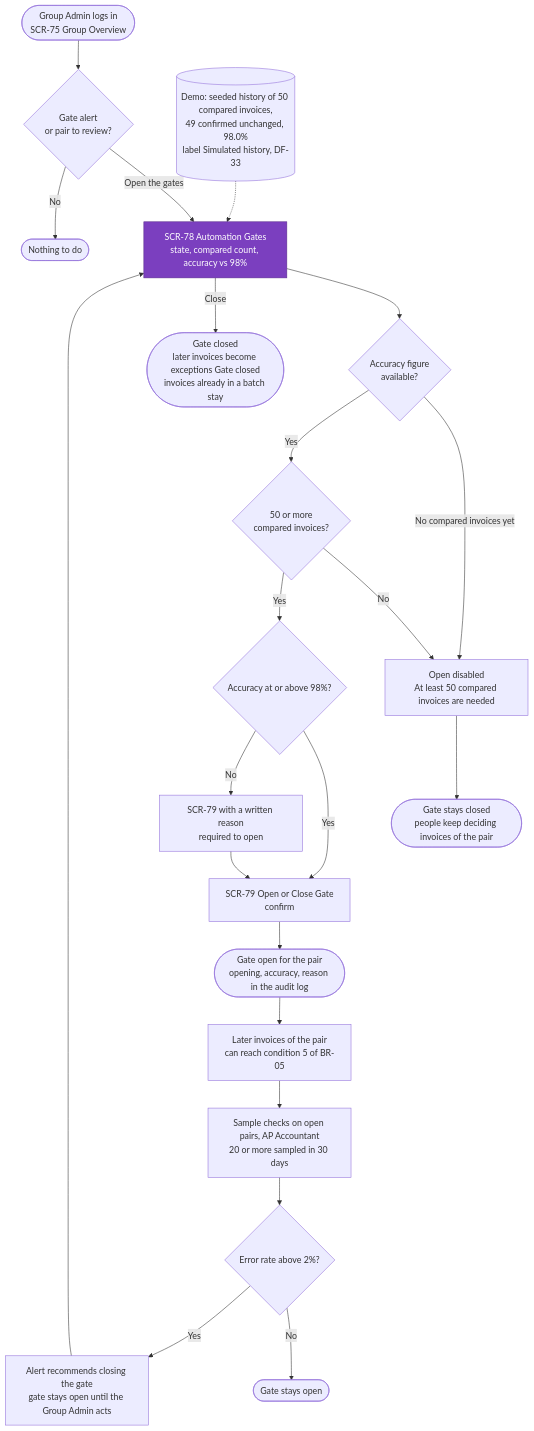
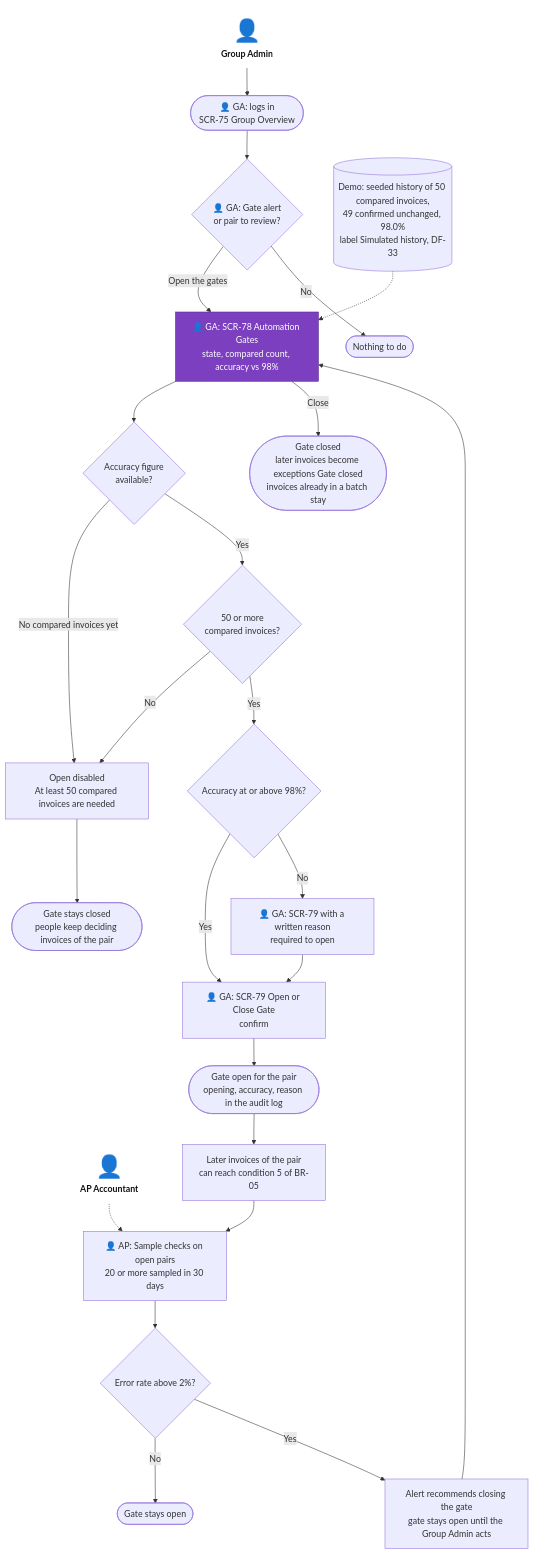
The fourth of 4 diagrams in docs/03-information-architecture/05-user-flows.md (minhtuann1102/MatchPay), drawn with Mermaid before and after one commit. The commit also changed other lines of this file and 6 other files, not shown here.

First line of the commit message:
docs: show actors in use case, sitemap, and user flow diagrams

````diff
--- a/docs/03-information-architecture/05-user-flows.md
+++ b/docs/03-information-architecture/05-user-flows.md
@@ -168,28 +190,34 @@
 ```mermaid
 flowchart TD
-    start(["Group Admin logs in<br/>SCR-75 Group Overview"]) --> alerts{"Gate alert<br/>or pair to review?"}
-    alerts -->|"Open the gates"| gates["SCR-78 Automation Gates<br/>state, compared count, accuracy vs 98%"]:::ai
+    actGa["<span style='font-size:40px'>👤</span><br/><b>Group Admin</b>"]:::actor
+    actAp["<span style='font-size:40px'>👤</span><br/><b>AP Accountant</b>"]:::actor
+    start(["👤 GA: logs in<br/>SCR-75 Group Overview"]) --> alerts{"👤 GA: Gate alert<br/>or pair to review?"}
+    alerts -->|"Open the gates"| gates["👤 GA: SCR-78 Automation Gates<br/>state, compared count, accuracy vs 98%"]:::ai
     alerts -->|"No"| done1(["Nothing to do"])
     gates --> figs{"Accuracy figure<br/>available?"}
     figs -->|"No compared invoices yet"| noopen["Open disabled<br/>At least 50 compared invoices are needed"]
     figs -->|"Yes"| count{"50 or more<br/>compared invoices?"}
     count -->|"No"| noopen
     count -->|"Yes"| thr{"Accuracy at or above 98%?"}
-    thr -->|"Yes"| confirm["SCR-79 Open or Close Gate<br/>confirm"]
-    thr -->|"No"| reason["SCR-79 with a written reason<br/>required to open"]
+    thr -->|"Yes"| confirm["👤 GA: SCR-79 Open or Close Gate<br/>confirm"]
+    thr -->|"No"| reason["👤 GA: SCR-79 with a written reason<br/>required to open"]
     reason --> confirm
     confirm --> opened(["Gate open for the pair<br/>opening, accuracy, reason in the audit log"])
     noopen --> wait(["Gate stays closed<br/>people keep deciding invoices of the pair"])
 
     seed[("Demo: seeded history of 50 compared invoices,<br/>49 confirmed unchanged, 98.0%<br/>label Simulated history, DF-33")] -.-> gates
 
     opened --> later["Later invoices of the pair<br/>can reach condition 5 of BR-05"]
-    later --> sample["Sample checks on open pairs, AP Accountant<br/>20 or more sampled in 30 days"]
+    later --> sample["👤 AP: Sample checks on open pairs<br/>20 or more sampled in 30 days"]
     sample --> rate{"Error rate above 2%?"}
     rate -->|"No"| keep(["Gate stays open"])
     rate -->|"Yes"| warn["Alert recommends closing the gate<br/>gate stays open until the Group Admin acts"]
     warn --> gates
     gates -->|"Close"| closed(["Gate closed<br/>later invoices become exceptions Gate closed<br/>invoices already in a batch stay"])
 
+    actGa --> start
+    actAp -.-> sample
+
+    classDef actor fill:none,stroke:none,color:#111
     classDef ai fill:#7b3fbf,color:#fff,stroke:#5a2d8c
 ```
````
